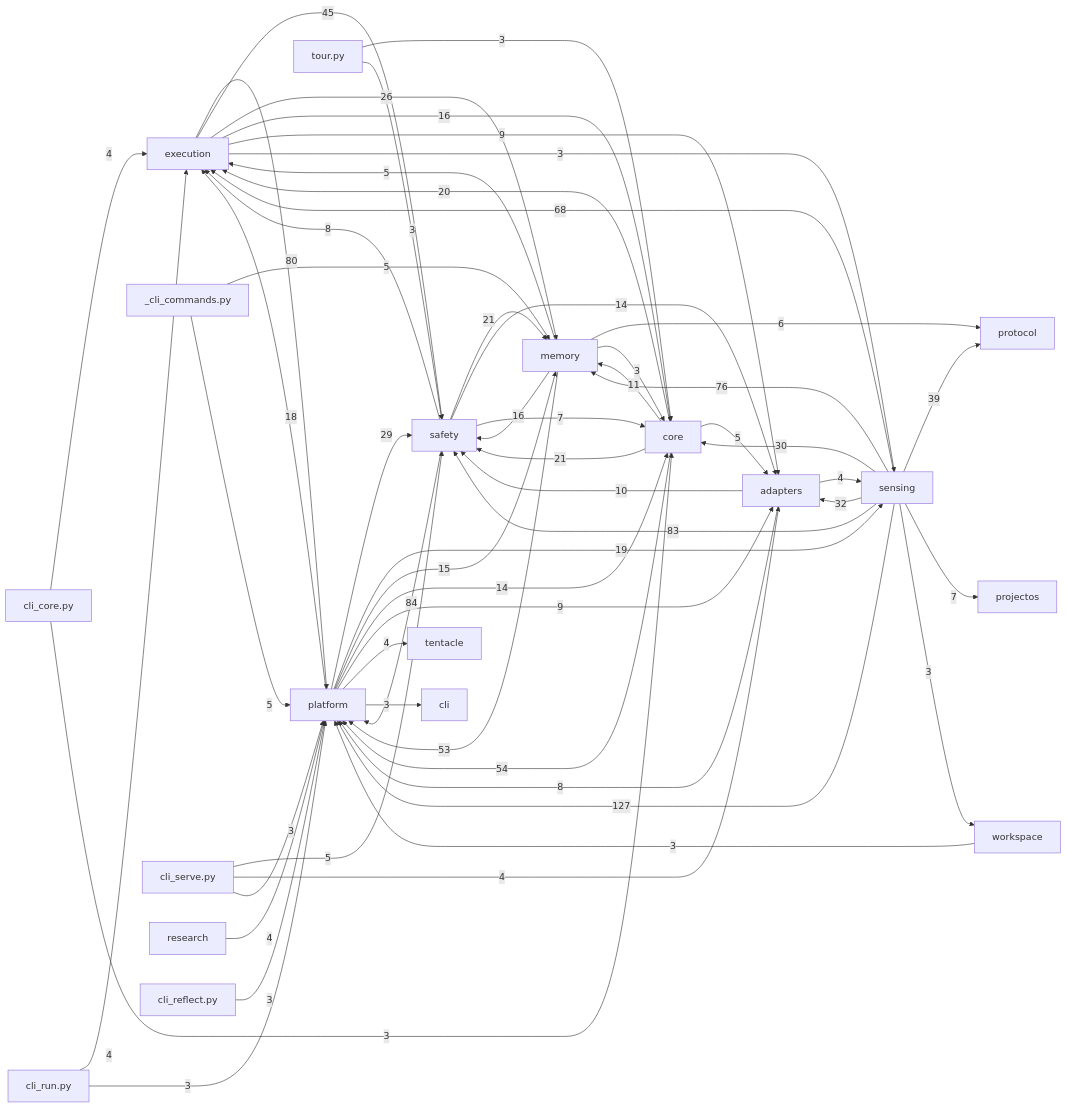
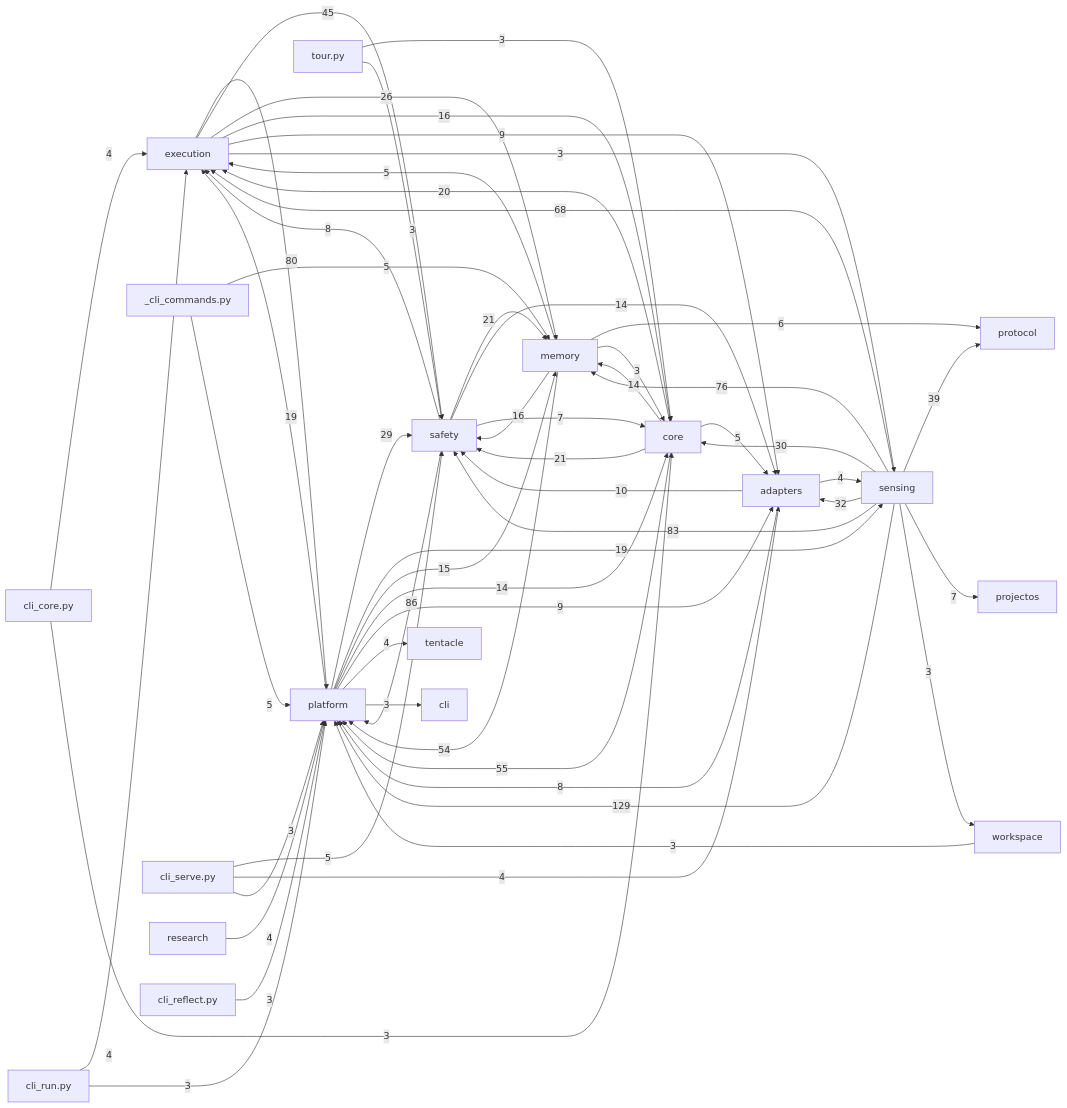
The diagram in docs/auto/20-backend/index.md (dengdenghua/octopus-agent), drawn with Mermaid before and after one commit. The commit also changed 25 other files, not shown here.

````diff
--- a/docs/auto/20-backend/index.md
+++ b/docs/auto/20-backend/index.md
@@ -26,65 +26,65 @@
 ```mermaid
 graph LR
   execution[execution]
   core[core]
   safety[safety]
   memory[memory]
   sensing[sensing]
   adapters[adapters]
   platform[platform]
-  sensing -- 127 --> platform
-  safety -- 84 --> platform
+  sensing -- 129 --> platform
+  safety -- 86 --> platform
   sensing -- 83 --> safety
   execution -- 80 --> platform
   sensing -- 76 --> memory
   sensing -- 68 --> execution
-  core -- 54 --> platform
-  memory -- 53 --> platform
+  core -- 55 --> platform
+  memory -- 54 --> platform
   execution -- 45 --> safety
   sensing -- 39 --> protocol
   sensing -- 32 --> adapters
   sensing -- 30 --> core
   platform -- 29 --> safety
   execution -- 26 --> memory
   core -- 21 --> safety
   safety -- 21 --> memory
   core -- 20 --> execution
+  platform -- 19 --> execution
   platform -- 19 --> sensing
-  platform -- 18 --> execution
   execution -- 16 --> core
   memory -- 16 --> safety
   platform -- 15 --> memory
+  core -- 14 --> memory
   platform -- 14 --> core
   safety -- 14 --> adapters
-  core -- 11 --> memory
   adapters -- 10 --> safety
   execution -- 9 --> adapters
   platform -- 9 --> adapters
   adapters -- 8 --> platform
   safety -- 8 --> execution
   safety -- 7 --> core
   sensing -- 7 --> projectos
   memory -- 6 --> protocol
   _cli_commands.py -- 5 --> memory
   _cli_commands.py -- 5 --> platform
   cli_serve.py -- 5 --> safety
   core -- 5 --> adapters
   memory -- 5 --> execution
   adapters -- 4 --> sensing
   cli_core.py -- 4 --> execution
   cli_run.py -- 4 --> execution
   cli_serve.py -- 4 --> adapters
   platform -- 4 --> tentacle
   research -- 4 --> platform
   cli_core.py -- 3 --> core
   cli_reflect.py -- 3 --> platform
   cli_run.py -- 3 --> platform
   cli_serve.py -- 3 --> platform
   execution -- 3 --> sensing
   memory -- 3 --> core
   platform -- 3 --> cli
   sensing -- 3 --> workspace
   tour.py -- 3 --> core
   tour.py -- 3 --> safety
   workspace -- 3 --> platform
 ```
````
